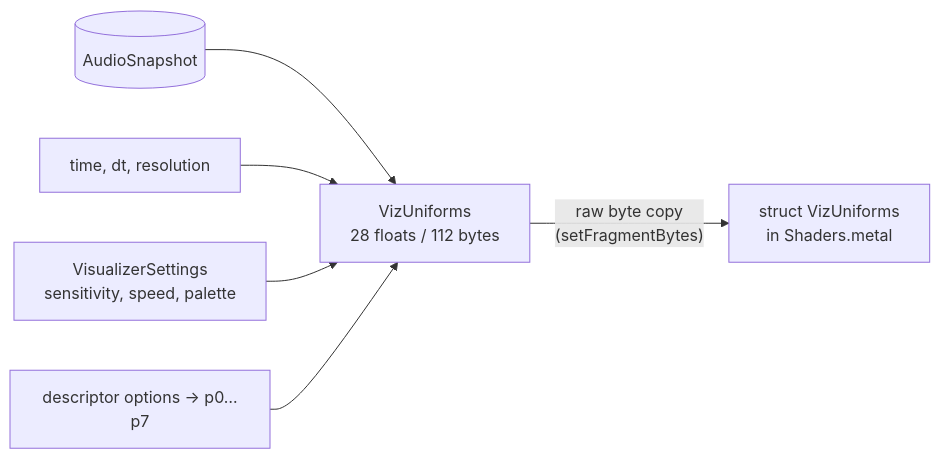
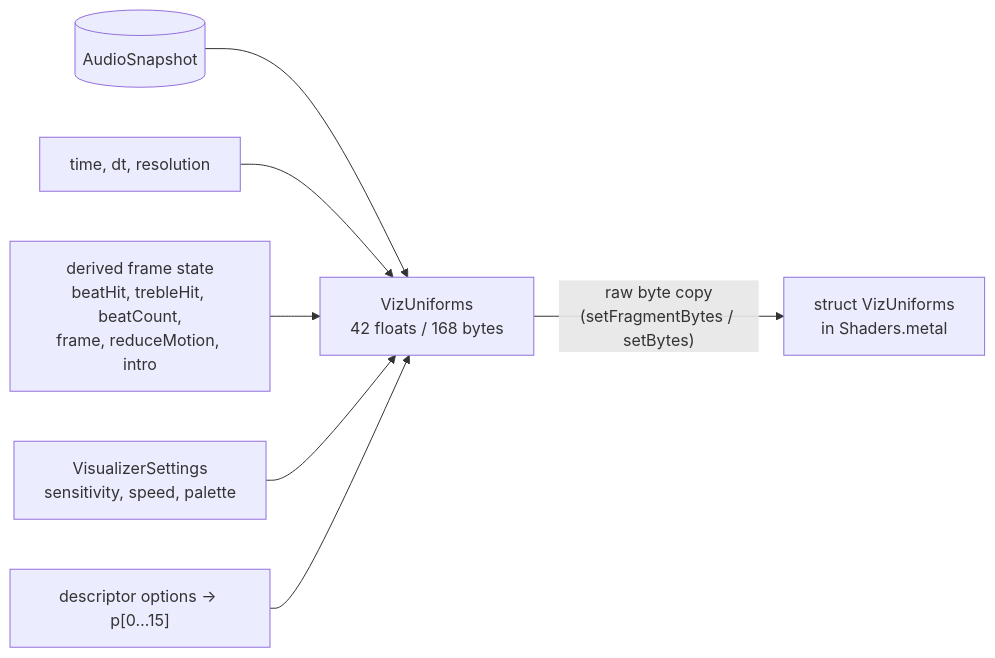
Before and after one commit to jonjaques/synesthia: the second of 3 diagrams in docs/rendering.md, drawn with Mermaid. The commit also changed other lines of this file and 78 other files, not shown here.

````diff
--- a/docs/rendering.md
+++ b/docs/rendering.md
@@ -105,8 +105,9 @@
 ```mermaid
 flowchart LR
     SNAP[("AudioSnapshot")] --> U
     CLOCK["time, dt, resolution"] --> U
+    FRAME["derived frame state<br>beatHit, trebleHit, beatCount,<br>frame, reduceMotion, intro"] --> U
     TUNE["VisualizerSettings<br>sensitivity, speed, palette"] --> U
-    OPTS["descriptor options → p0…p7"] --> U
-    U["VizUniforms<br>28 floats / 112 bytes"] -- "raw byte copy<br>(setFragmentBytes)" --> MSL["struct VizUniforms<br>in Shaders.metal"]
+    OPTS["descriptor options → p[0…15]"] --> U
+    U["VizUniforms<br>42 floats / 168 bytes"] -- "raw byte copy<br>(setFragmentBytes / setBytes)" --> MSL["struct VizUniforms<br>in Shaders.metal"]
 ```
````
